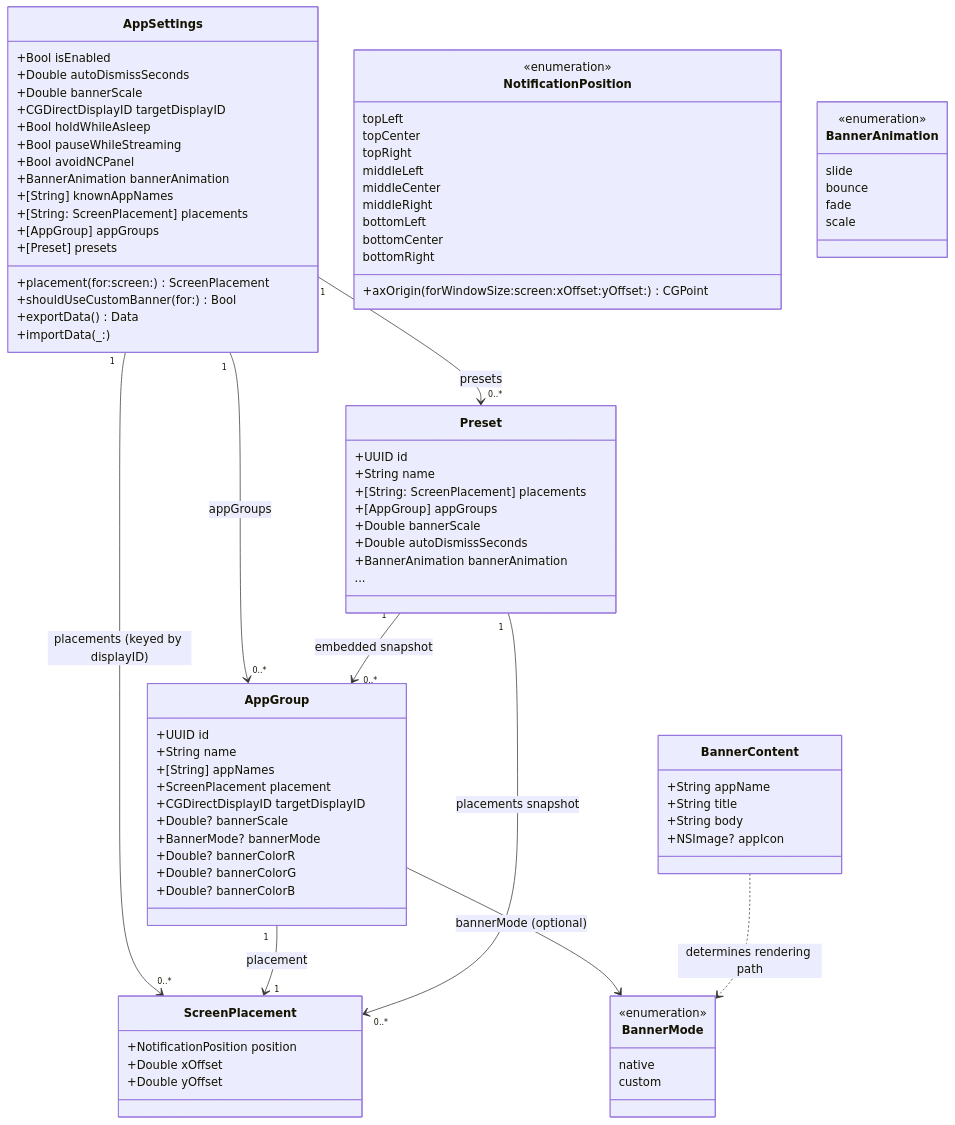
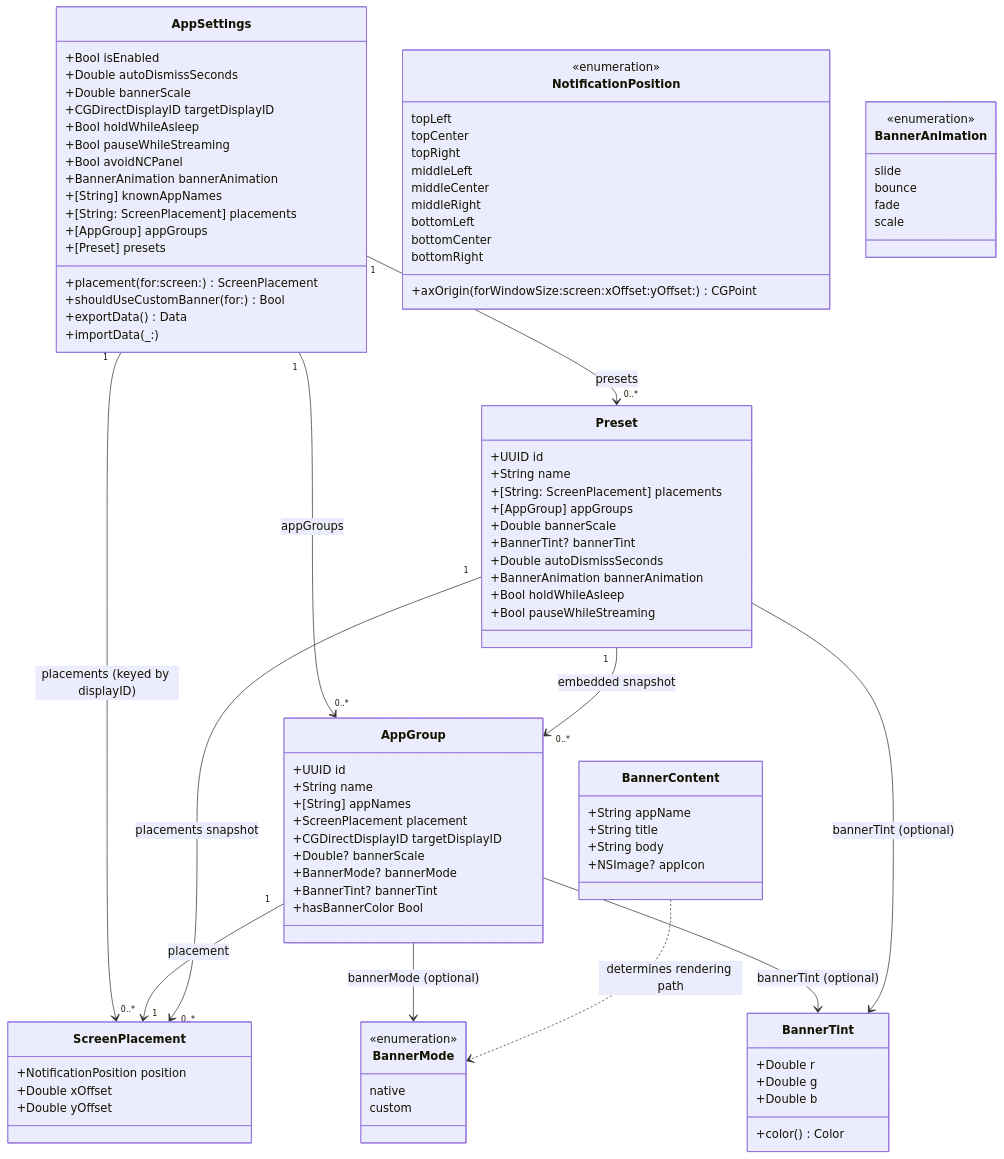
Before and after one commit to chessper53/NotificationNanny: the third of 8 diagrams in ARCHITECTURE.md, drawn with Mermaid. The commit also changed other lines of this file and 22 other files, not shown here.

First line of the commit message:
feat: v7.0.0 - banner tint, animations, SettingsView split, code refactor

````diff
--- a/ARCHITECTURE.md
+++ b/ARCHITECTURE.md
@@ -285,6 +307,13 @@
         +importData(_:)
     }
 
+    class BannerTint {
+        +Double r
+        +Double g
+        +Double b
+        +color() Color
+    }
+
     class AppGroup {
         +UUID id
         +String name
@@ -293,9 +322,8 @@
         +CGDirectDisplayID targetDisplayID
         +Double? bannerScale
         +BannerMode? bannerMode
-        +Double? bannerColorR
-        +Double? bannerColorG
-        +Double? bannerColorB
+        +BannerTint? bannerTint
+        +hasBannerColor Bool
     }
 
     class ScreenPlacement {
@@ -324,9 +352,11 @@
         +[String: ScreenPlacement] placements
         +[AppGroup] appGroups
         +Double bannerScale
+        +BannerTint? bannerTint
         +Double autoDismissSeconds
         +BannerAnimation bannerAnimation
-        ...
+        +Bool holdWhileAsleep
+        +Bool pauseWhileStreaming
     }
 
     class BannerContent {
@@ -355,7 +385,9 @@
     AppSettings "1" --> "0..*" ScreenPlacement : placements (keyed by displayID)
     AppGroup "1" --> "1" ScreenPlacement : placement
     AppGroup --> BannerMode : bannerMode (optional)
+    AppGroup --> BannerTint : bannerTint (optional)
     Preset "1" --> "0..*" AppGroup : embedded snapshot
     Preset "1" --> "0..*" ScreenPlacement : placements snapshot
+    Preset --> BannerTint : bannerTint (optional)
     BannerContent ..> BannerMode : determines rendering path
 ```
````
